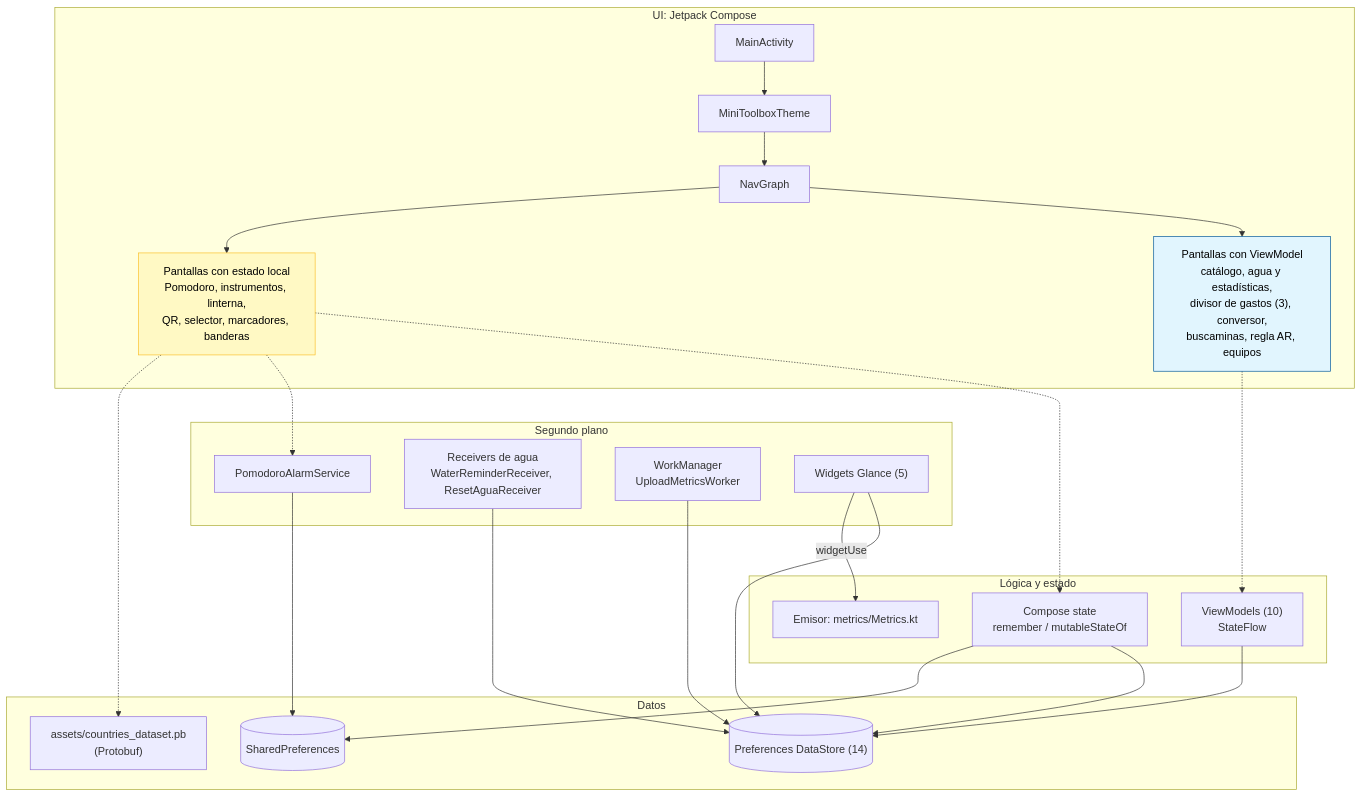
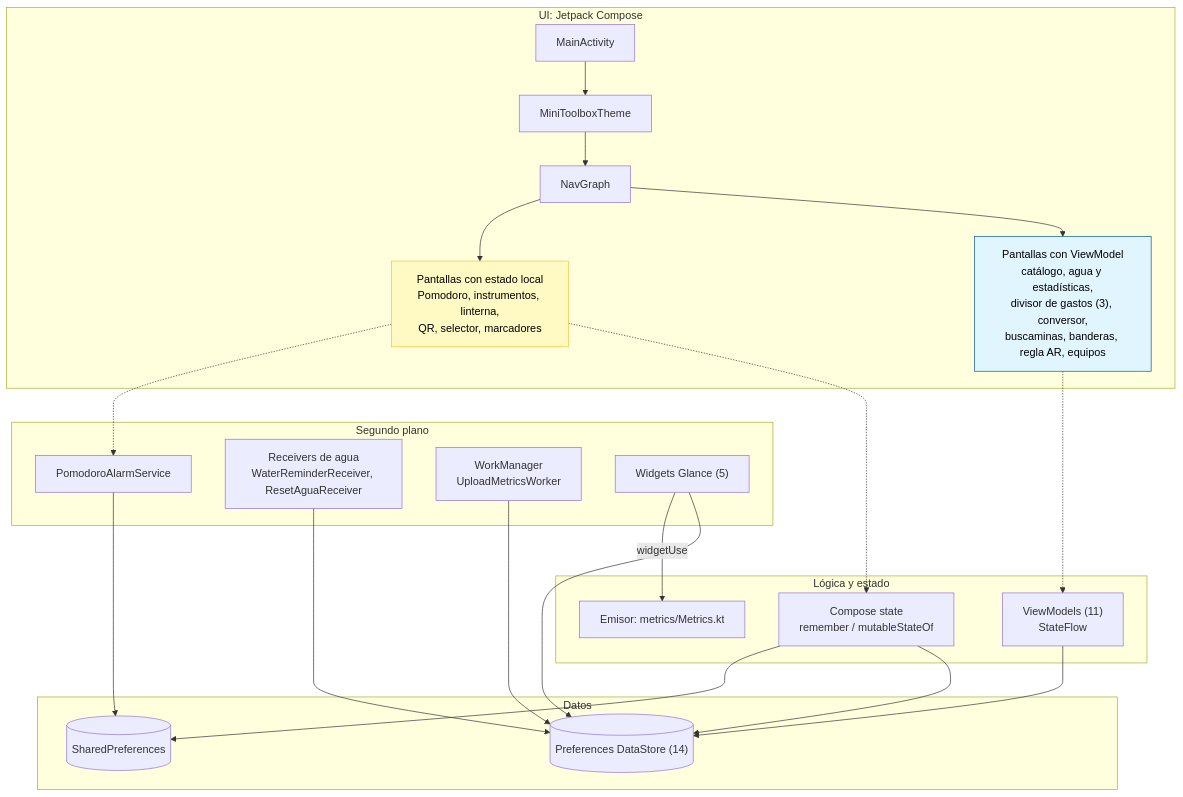
One commit to JoaquinSasso/MiniToolbox changed the first of 4 diagrams in docs/architecture.md. Above: the diagram before and after it, drawn with Mermaid. The commit also changed other lines of this file and 42 other files, not shown here.

````diff
--- a/docs/architecture.md
+++ b/docs/architecture.md
@@ -22,43 +22,41 @@
 ```mermaid
 flowchart TD
     subgraph UI [UI: Jetpack Compose]
         MA[MainActivity] --> MT[MiniToolboxTheme]
         MT --> NG[NavGraph]
-        NG --> VMS["Pantallas con ViewModel<br/>catálogo, agua y estadísticas,<br/>divisor de gastos (3), conversor,<br/>buscaminas, regla AR, equipos"]
-        NG --> LSS["Pantallas con estado local<br/>Pomodoro, instrumentos, linterna,<br/>QR, selector, marcadores, banderas"]
+        NG --> VMS["Pantallas con ViewModel<br/>catálogo, agua y estadísticas,<br/>divisor de gastos (3), conversor,<br/>buscaminas, banderas, regla AR, equipos"]
+        NG --> LSS["Pantallas con estado local<br/>Pomodoro, instrumentos, linterna,<br/>QR, selector, marcadores"]
         style VMS fill:#e1f5fe,stroke:#01579b,color:#000
         style LSS fill:#fff9c4,stroke:#fbc02d,color:#000
     end
 
     subgraph Logic [Lógica y estado]
-        VM["ViewModels (10)<br/>StateFlow"]
+        VM["ViewModels (11)<br/>StateFlow"]
         CS["Compose state<br/>remember / mutableStateOf"]
         MET["Emisor: metrics/Metrics.kt"]
     end
 
     subgraph Background [Segundo plano]
         PAS[PomodoroAlarmService]
         AR["Receivers de agua<br/>WaterReminderReceiver, ResetAguaReceiver"]
         WM["WorkManager<br/>UploadMetricsWorker"]
         GW["Widgets Glance (5)"]
     end
 
     subgraph Data [Datos]
         DS[("Preferences DataStore (14)")]
         SP[("SharedPreferences")]
-        PB["assets/countries_dataset.pb<br/>(Protobuf)"]
     end
 
     VMS -.-> VM
     LSS -.-> CS
     VM --> DS
     CS --> DS
     CS --> SP
     LSS -.-> PAS
     PAS --> SP
     AR --> DS
     WM --> DS
     GW --> DS
-    LSS -.-> PB
     GW -->|widgetUse| MET
 ```
````
